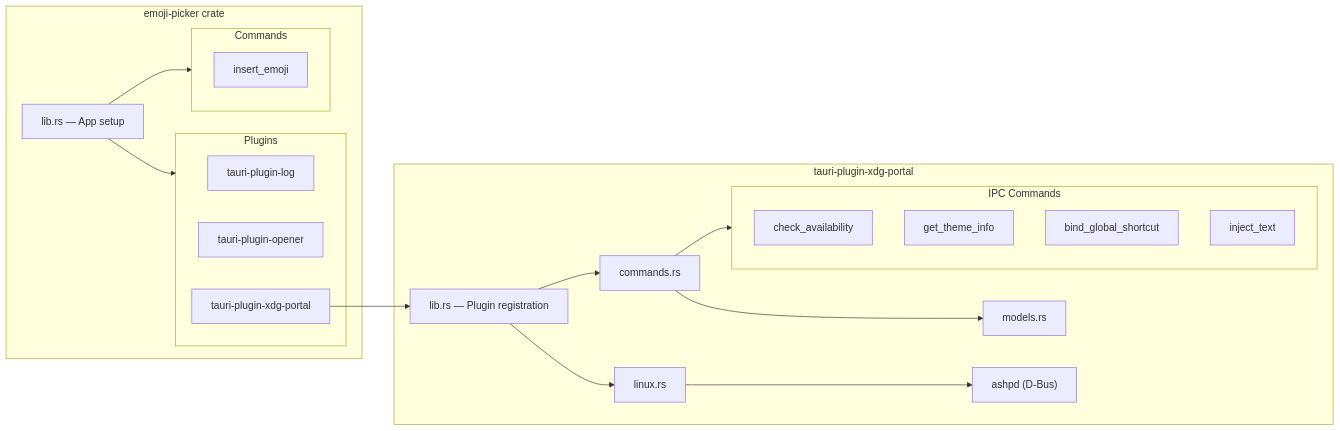
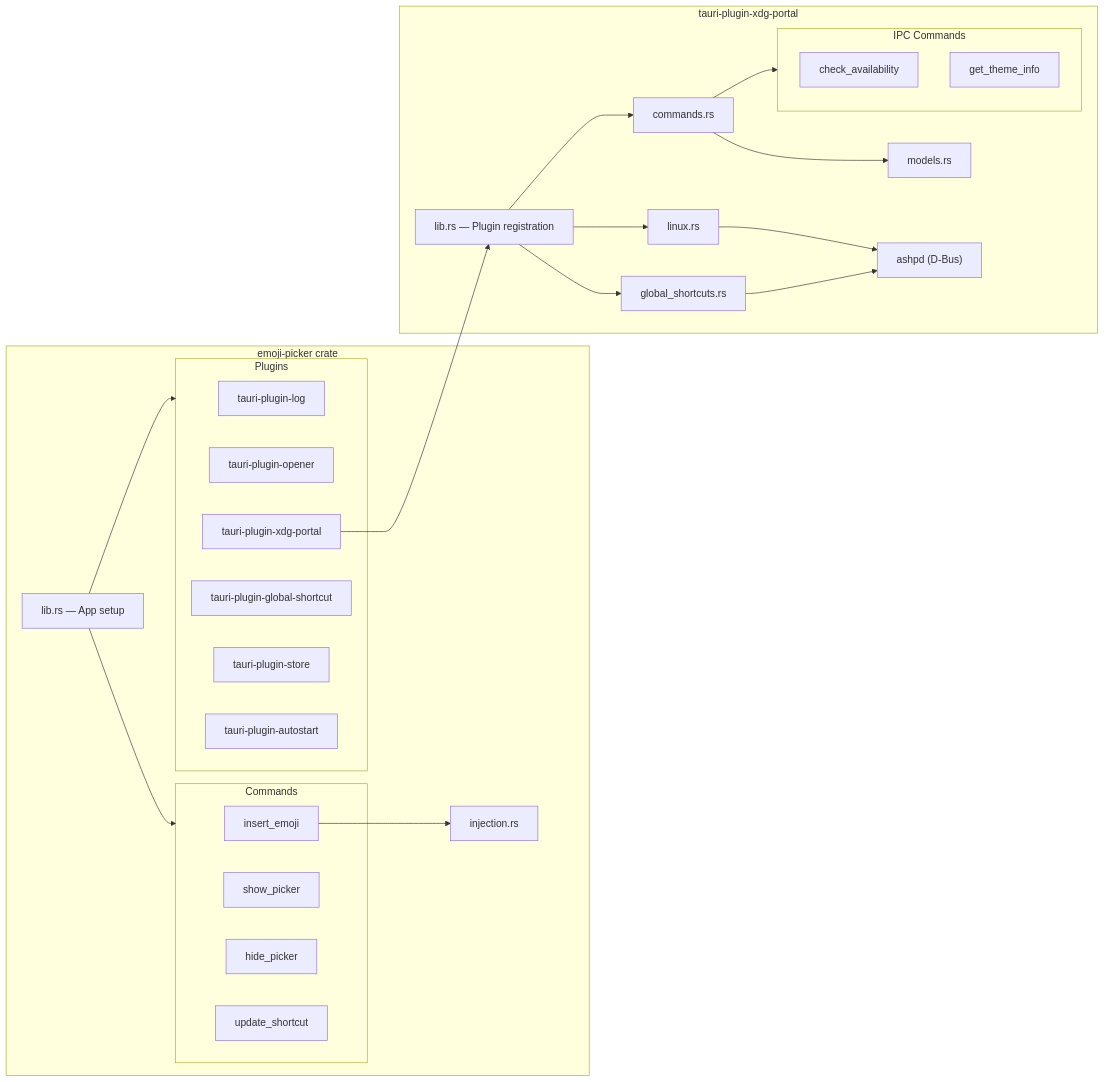
One commit to liminal-hq/emoji-nook changed the third of 10 diagrams in docs/architecture.md. Above: the diagram before and after it, drawn with Mermaid. The commit also changed other lines of this file and 6 other files, not shown here.

First line of the commit message:
docs: update architecture and add animated SVG diagrams

````diff
--- a/docs/architecture.md
+++ b/docs/architecture.md
@@ -101,37 +122,46 @@
 ```mermaid
 graph LR
     subgraph AppCrate["emoji-picker crate"]
         Lib["lib.rs — App setup"]
+        Injection["injection.rs"]
         Lib --> Plugins
         Lib --> Commands
 
         subgraph Plugins
             Log["tauri-plugin-log"]
             Opener["tauri-plugin-opener"]
             XDG["tauri-plugin-xdg-portal"]
+            GlobalSC["tauri-plugin-global-shortcut"]
+            StorePlugin["tauri-plugin-store"]
+            Autostart["tauri-plugin-autostart"]
         end
 
         subgraph Commands
             InsertEmoji["insert_emoji"]
+            ShowPicker["show_picker"]
+            HidePicker["hide_picker"]
+            UpdateShortcut["update_shortcut"]
         end
+
+        InsertEmoji --> Injection
     end
 
     subgraph PluginCrate["tauri-plugin-xdg-portal"]
         PluginLib["lib.rs — Plugin registration"]
         PluginLib --> Cmds["commands.rs"]
         PluginLib --> Linux["linux.rs"]
+        PluginLib --> Shortcuts["global_shortcuts.rs"]
         Cmds --> Models["models.rs"]
         Linux --> ASHPD["ashpd (D-Bus)"]
+        Shortcuts --> ASHPD
 
         subgraph PortalCommands["IPC Commands"]
             CheckAvail["check_availability"]
             GetTheme["get_theme_info"]
-            BindShortcut["bind_global_shortcut"]
-            InjectText["inject_text"]
         end
 
         Cmds --> PortalCommands
     end
 
     XDG --> PluginLib
 ```
````
